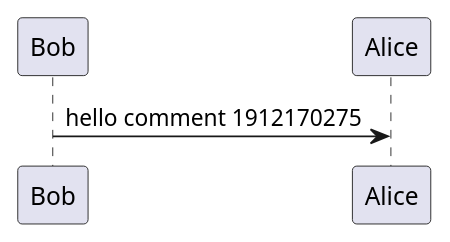
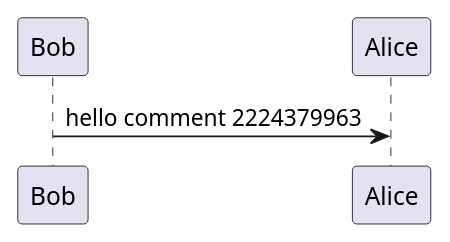
The diagram in examples/sequence.puml (holowinski/plantuml-github-action), drawn with PlantUML before and after one commit. The commit also changed 1 other file, not shown here.

Commit message:
Regenerated example diagram - new comment received

```diff
--- a/examples/sequence.puml
+++ b/examples/sequence.puml
@@ -1,3 +1,3 @@
 @startuml
-Bob->Alice : hello comment 1912170275
+Bob->Alice : hello comment 2224379963
 @enduml
```
